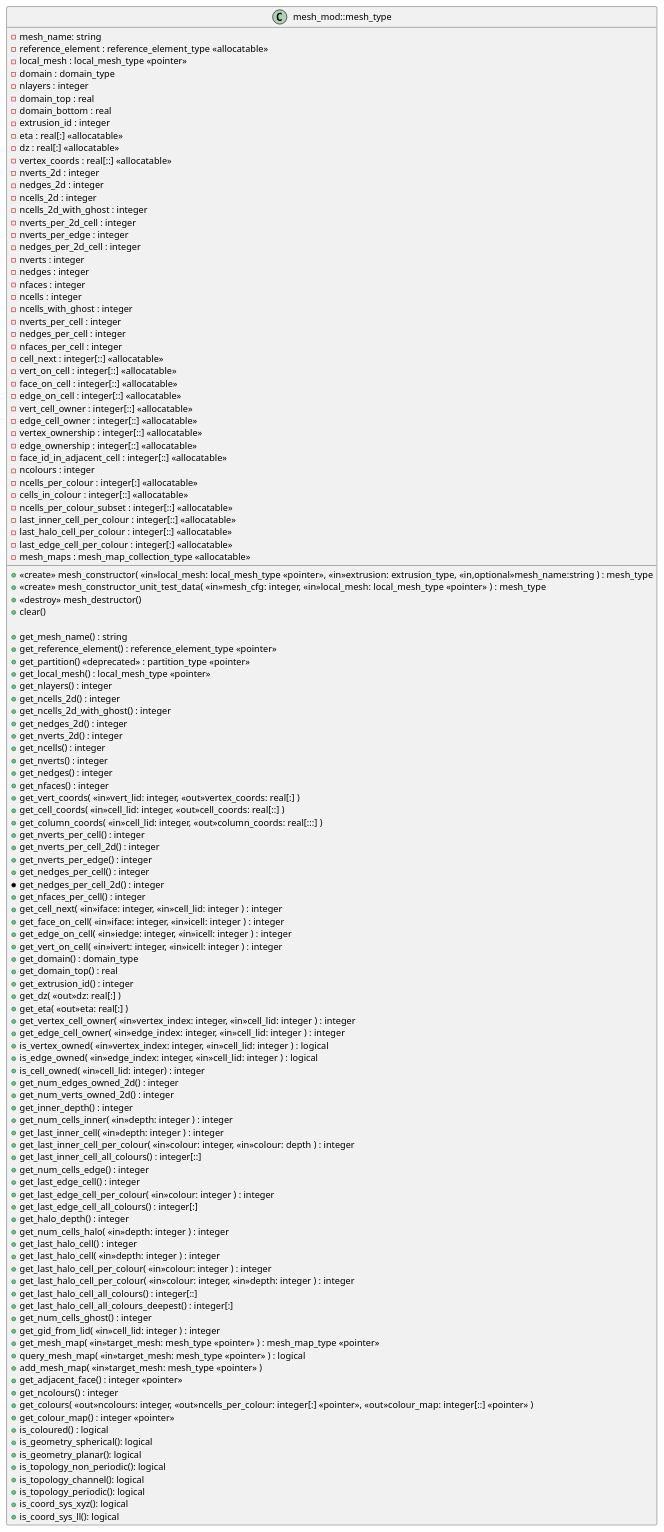
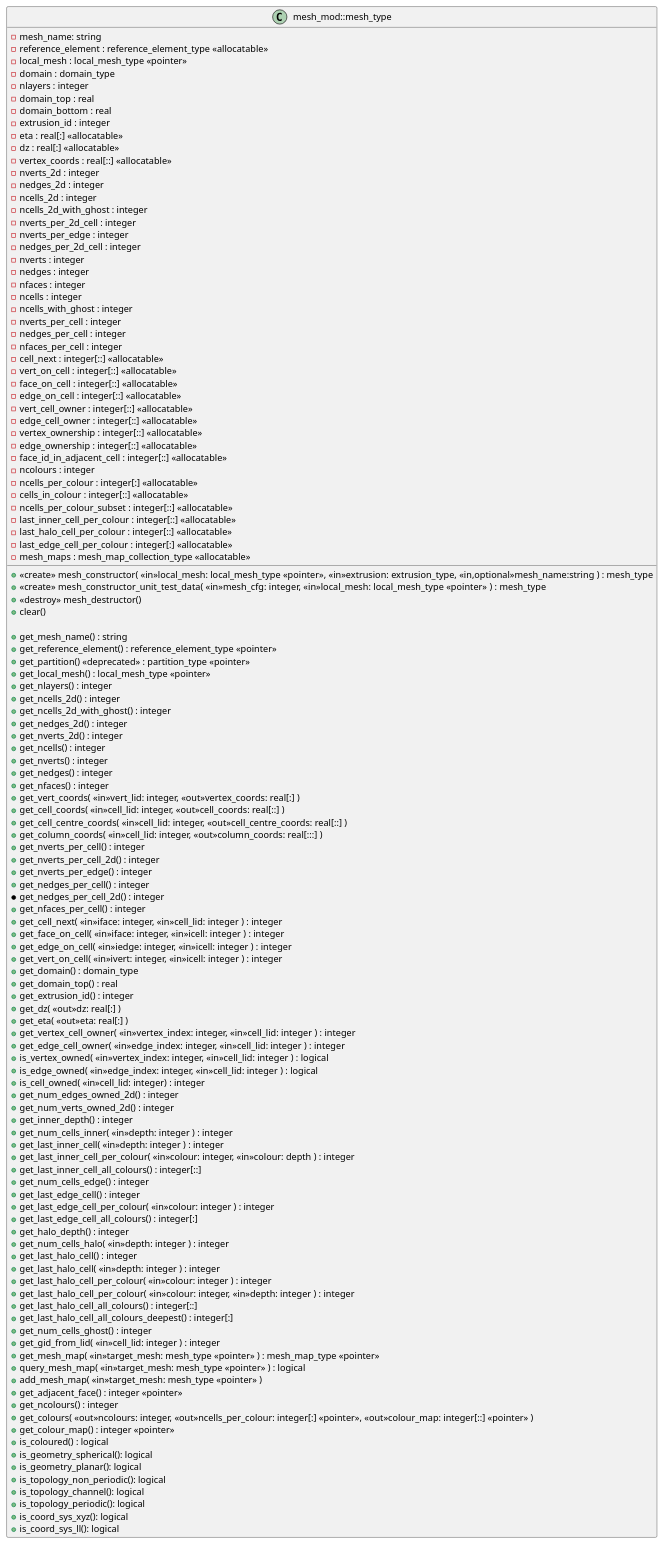
The diagram in infrastructure/documentation/uml/mesh/mesh_mod.iuml (stfc/lfric_core), drawn with PlantUML before and after one commit. The commit also changed 9 other files, not shown here.

Commit message:
ticket:3697 for Mike Hobson: Provide access to cell-centre coords from the mesh.

```diff
--- a/infrastructure/documentation/uml/mesh/mesh_mod.iuml
+++ b/infrastructure/documentation/uml/mesh/mesh_mod.iuml
@@ -1,127 +1,128 @@
 ' Copyright (c) 2017,  Met Office, on behalf of HMSO and Queen's Printer
 ' For further details please refer to the file LICENCE.original which you
 ' should have received as part of this distribution.
 
 class mesh_mod::mesh_type {
   -mesh_name: string
   -reference_element : reference_element_type <<allocatable>>
   -local_mesh : local_mesh_type <<pointer>>
   -domain : domain_type
   -nlayers : integer
   -domain_top : real
   -domain_bottom : real
   -extrusion_id : integer
   -eta : real[:] <<allocatable>>
   -dz : real[:] <<allocatable>>
   -vertex_coords : real[::] <<allocatable>>
   -nverts_2d : integer
   -nedges_2d : integer
   -ncells_2d : integer
   -ncells_2d_with_ghost : integer
   -nverts_per_2d_cell : integer
   -nverts_per_edge : integer
   -nedges_per_2d_cell : integer
   -nverts : integer
   -nedges : integer
   -nfaces : integer
   -ncells : integer
   -ncells_with_ghost : integer
   -nverts_per_cell : integer
   -nedges_per_cell : integer
   -nfaces_per_cell : integer
   -cell_next : integer[::] <<allocatable>>
   -vert_on_cell : integer[::] <<allocatable>>
   -face_on_cell : integer[::] <<allocatable>>
   -edge_on_cell : integer[::] <<allocatable>>
   -vert_cell_owner : integer[::] <<allocatable>>
   -edge_cell_owner : integer[::] <<allocatable>>
   -vertex_ownership : integer[::] <<allocatable>>
   -edge_ownership : integer[::] <<allocatable>>
   -face_id_in_adjacent_cell : integer[::] <<allocatable>>
   -ncolours : integer
   -ncells_per_colour : integer[:] <<allocatable>>
   -cells_in_colour : integer[::] <<allocatable>>
   -ncells_per_colour_subset : integer[::] <<allocatable>>
   -last_inner_cell_per_colour : integer[::] <<allocatable>>
   -last_halo_cell_per_colour : integer[::] <<allocatable>>
   -last_edge_cell_per_colour : integer[:] <<allocatable>>
   -mesh_maps : mesh_map_collection_type <<allocatable>>
 
   +<<create>>  mesh_constructor( <<in>>local_mesh: local_mesh_type <<pointer>>, <<in>>extrusion: extrusion_type, <<in,optional>>mesh_name:string ) : mesh_type
   +<<create>>  mesh_constructor_unit_test_data( <<in>>mesh_cfg: integer, <<in>>local_mesh: local_mesh_type <<pointer>> ) : mesh_type
   +<<destroy>> mesh_destructor()
   +clear()
 
   +get_mesh_name() : string
   +get_reference_element() : reference_element_type <<pointer>>
   +get_partition() <<deprecated>> : partition_type <<pointer>>
   +get_local_mesh() : local_mesh_type <<pointer>>
   +get_nlayers() : integer
   +get_ncells_2d() : integer
   +get_ncells_2d_with_ghost() : integer
   +get_nedges_2d() : integer
   +get_nverts_2d() : integer
   +get_ncells() : integer
   +get_nverts() : integer
   +get_nedges() : integer
   +get_nfaces() : integer
   +get_vert_coords( <<in>>vert_lid: integer, <<out>>vertex_coords: real[:] )
   +get_cell_coords( <<in>>cell_lid: integer, <<out>>cell_coords: real[::] )
+  +get_cell_centre_coords( <<in>>cell_lid: integer, <<out>>cell_centre_coords: real[::] )
   +get_column_coords( <<in>>cell_lid: integer, <<out>>column_coords: real[:::] )
   +get_nverts_per_cell() : integer
   +get_nverts_per_cell_2d() : integer
   +get_nverts_per_edge() : integer
   +get_nedges_per_cell() : integer
   *get_nedges_per_cell_2d() : integer
   +get_nfaces_per_cell() : integer
   +get_cell_next( <<in>>iface: integer, <<in>>cell_lid: integer ) : integer
   +get_face_on_cell( <<in>>iface: integer, <<in>>icell: integer ) : integer
   +get_edge_on_cell( <<in>>iedge: integer, <<in>>icell: integer ) : integer
   +get_vert_on_cell( <<in>>ivert: integer, <<in>>icell: integer ) : integer
   +get_domain() : domain_type
   +get_domain_top() : real
   +get_extrusion_id() : integer
   +get_dz( <<out>>dz: real[:] )
   +get_eta( <<out>>eta: real[:] )
   +get_vertex_cell_owner( <<in>>vertex_index: integer, <<in>>cell_lid: integer ) : integer
   +get_edge_cell_owner( <<in>>edge_index: integer, <<in>>cell_lid: integer ) : integer
   +is_vertex_owned( <<in>>vertex_index: integer, <<in>>cell_lid: integer ) : logical
   +is_edge_owned( <<in>>edge_index: integer, <<in>>cell_lid: integer ) : logical
   +is_cell_owned( <<in>>cell_lid: integer) : integer
   +get_num_edges_owned_2d() : integer
   +get_num_verts_owned_2d() : integer
   +get_inner_depth() : integer
   +get_num_cells_inner( <<in>>depth: integer ) : integer
   +get_last_inner_cell( <<in>>depth: integer ) : integer
   +get_last_inner_cell_per_colour( <<in>>colour: integer, <<in>>colour: depth ) : integer
   +get_last_inner_cell_all_colours() : integer[::]
   +get_num_cells_edge() : integer
   +get_last_edge_cell() : integer
   +get_last_edge_cell_per_colour( <<in>>colour: integer ) : integer
   +get_last_edge_cell_all_colours() : integer[:]
   +get_halo_depth() : integer
   +get_num_cells_halo( <<in>>depth: integer ) : integer
   +get_last_halo_cell() : integer
   +get_last_halo_cell( <<in>>depth: integer ) : integer
   +get_last_halo_cell_per_colour( <<in>>colour: integer ) : integer
   +get_last_halo_cell_per_colour( <<in>>colour: integer, <<in>>depth: integer ) : integer
   +get_last_halo_cell_all_colours() : integer[::]
   +get_last_halo_cell_all_colours_deepest() : integer[:]
   +get_num_cells_ghost() : integer
   +get_gid_from_lid( <<in>>cell_lid: integer ) : integer
   +get_mesh_map( <<in>>target_mesh: mesh_type <<pointer>> ) : mesh_map_type <<pointer>>
   +query_mesh_map( <<in>>target_mesh: mesh_type <<pointer>> ) : logical
   +add_mesh_map( <<in>>target_mesh: mesh_type <<pointer>> )
   +get_adjacent_face() : integer <<pointer>>
   +get_ncolours() : integer
   +get_colours( <<out>>ncolours: integer, <<out>>ncells_per_colour: integer[:] <<pointer>>, <<out>>colour_map: integer[::] <<pointer>> )
   +get_colour_map() : integer <<pointer>>
   +is_coloured() : logical
   +is_geometry_spherical(): logical
   +is_geometry_planar(): logical
   +is_topology_non_periodic(): logical
   +is_topology_channel(): logical
   +is_topology_periodic(): logical
   +is_coord_sys_xyz(): logical
   +is_coord_sys_ll(): logical
 }
```
